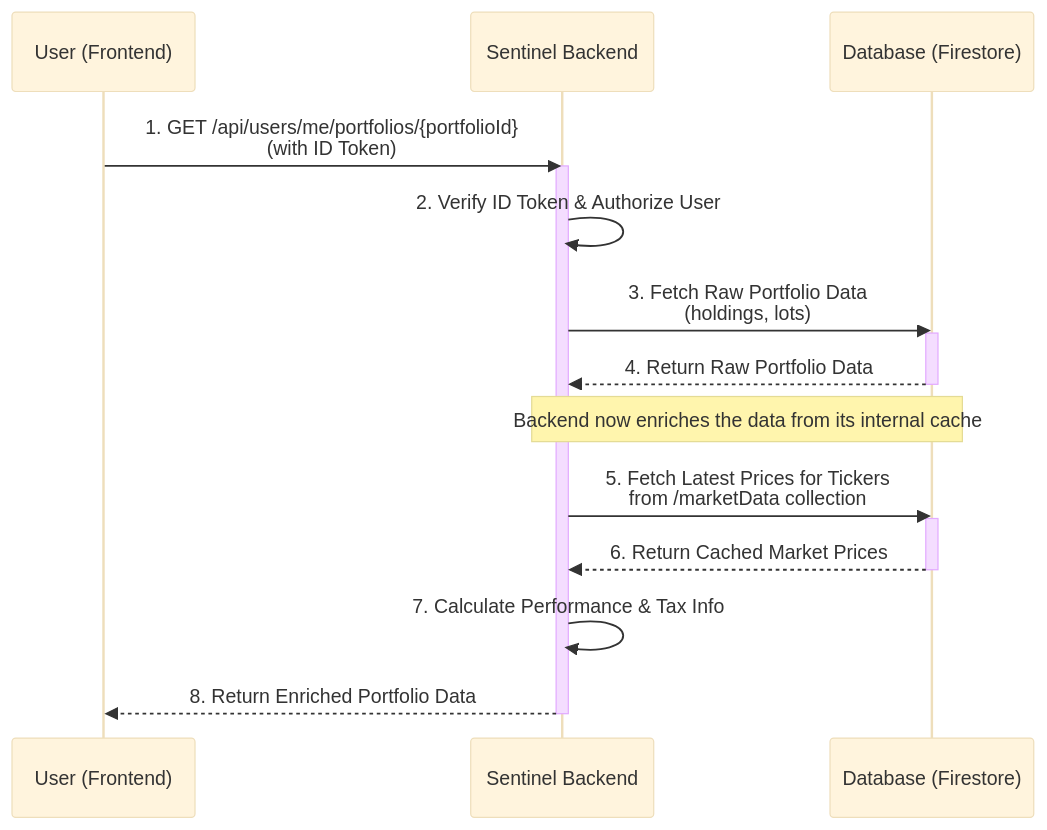
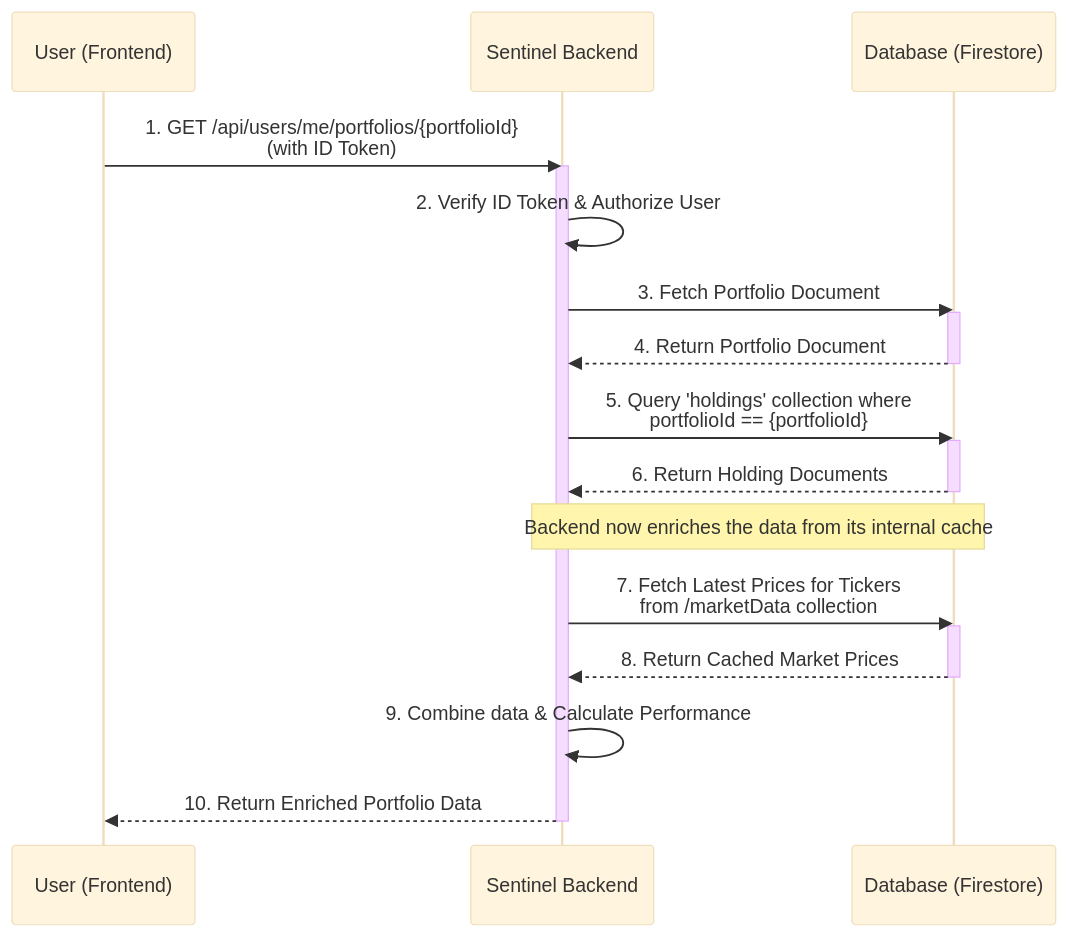
The second of 17 diagrams in product_spec.md (enzhao/Sentinel), drawn with Mermaid (base theme) before and after one commit. The commit also changed other lines of this file, not shown here.

First line of the commit message:
docs(spec): refactor holding as top-level entity

````diff
--- a/product_spec.md
+++ b/product_spec.md
@@ -233,24 +232,29 @@
 ```mermaid
 sequenceDiagram
     participant User as User (Frontend)
     participant Sentinel as Sentinel Backend
     participant DB as Database (Firestore)
 
     User->>Sentinel: 1. GET /api/users/me/portfolios/{portfolioId}<br> (with ID Token)
     activate Sentinel
     Sentinel->>Sentinel: 2. Verify ID Token & Authorize User
-    Sentinel->>DB: 3. Fetch Raw Portfolio Data<br> (holdings, lots)
+    Sentinel->>DB: 3. Fetch Portfolio Document
     activate DB
-    DB-->>Sentinel: 4. Return Raw Portfolio Data
+    DB-->>Sentinel: 4. Return Portfolio Document
+    deactivate DB
+
+    Sentinel->>DB: 5. Query 'holdings' collection where<br> portfolioId == {portfolioId}
+    activate DB
+    DB-->>Sentinel: 6. Return Holding Documents
     deactivate DB
 
     Note over Sentinel, DB: Backend now enriches the data from its internal cache
-    Sentinel->>DB: 5. Fetch Latest Prices for Tickers<br> from /marketData collection
+    Sentinel->>DB: 7. Fetch Latest Prices for Tickers<br> from /marketData collection
     activate DB
-    DB-->>Sentinel: 6. Return Cached Market Prices
+    DB-->>Sentinel: 8. Return Cached Market Prices
     deactivate DB
 
-    Sentinel->>Sentinel: 7. Calculate Performance & Tax Info
-    Sentinel-->>User: 8. Return Enriched Portfolio Data
+    Sentinel->>Sentinel: 9. Combine data & Calculate Performance
+    Sentinel-->>User: 10. Return Enriched Portfolio Data
     deactivate Sentinel
 ```
````
